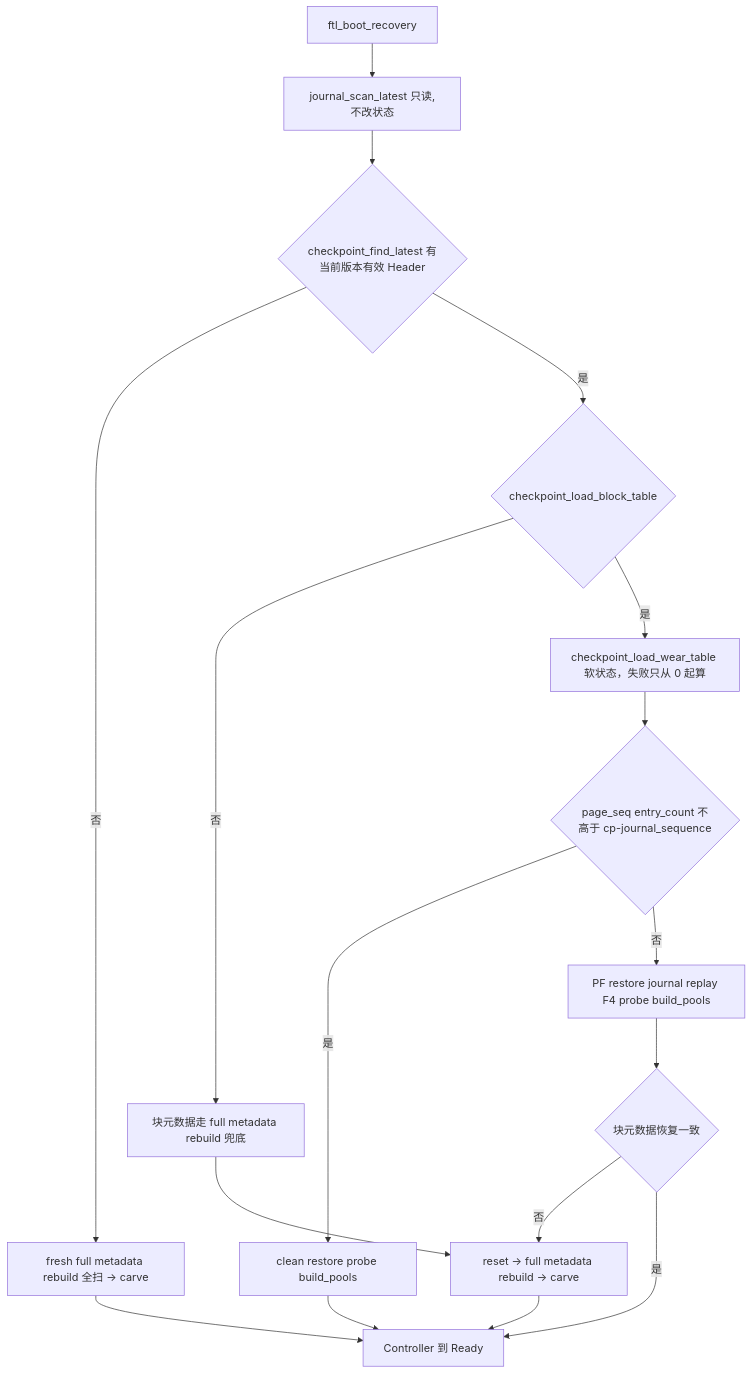
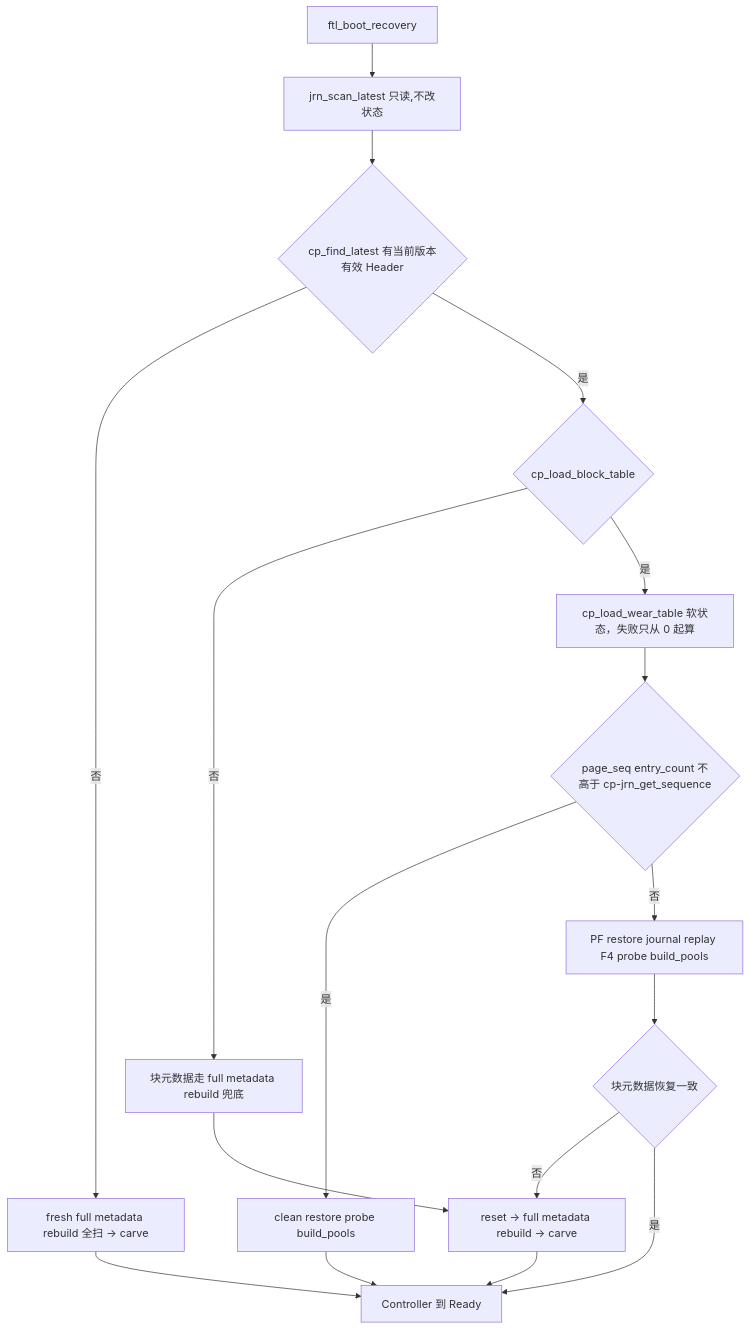
Before and after one commit to YzYMIAO/BASESSD: the sixth of 32 diagrams in docs/design/ftl_design.md, drawn with Mermaid. The commit also changed other lines of this file and 48 other files, not shown here.

````diff
--- a/docs/design/ftl_design.md
+++ b/docs/design/ftl_design.md
@@ -1096,19 +1096,19 @@
 ```mermaid
 flowchart TD
-    BOOT["ftl_boot_recovery"] --> LATEST["journal_scan_latest 只读,不改状态"]
-    LATEST --> FIND{"checkpoint_find_latest 有当前版本有效 Header"}
+    BOOT["ftl_boot_recovery"] --> LATEST["jrn_scan_latest 只读,不改状态"]
+    LATEST --> FIND{"cp_find_latest 有当前版本有效 Header"}
     FIND -- "否" --> FRESH["fresh full metadata rebuild 全扫 → carve"]
-    FIND -- "是" --> LOAD{"checkpoint_load_block_table"}
+    FIND -- "是" --> LOAD{"cp_load_block_table"}
     LOAD -- "否" --> PFALL["块元数据走 full metadata rebuild 兜底"]
-    LOAD -- "是" --> WEAR["checkpoint_load_wear_table 软状态，失败只从 0 起算"]
-    WEAR --> JUDGE{"page_seq entry_count 不高于 cp-journal_sequence"}
+    LOAD -- "是" --> WEAR["cp_load_wear_table 软状态，失败只从 0 起算"]
+    WEAR --> JUDGE{"page_seq entry_count 不高于 cp-jrn_get_sequence"}
     JUDGE -- "是" --> CLEAN["clean restore probe build_pools"]
     JUDGE -- "否" --> PF["PF restore journal replay F4 probe build_pools"]
     PFALL --> FULL_SCAN["reset → full metadata rebuild → carve"]
     PF --> PFOk{"块元数据恢复一致"}
     PFOk -- "否" --> FULL_SCAN
     PFOk -- "是" --> READY["Controller 到 Ready"]
     CLEAN --> READY
     FRESH --> READY
     FULL_SCAN --> READY
 ```
````
